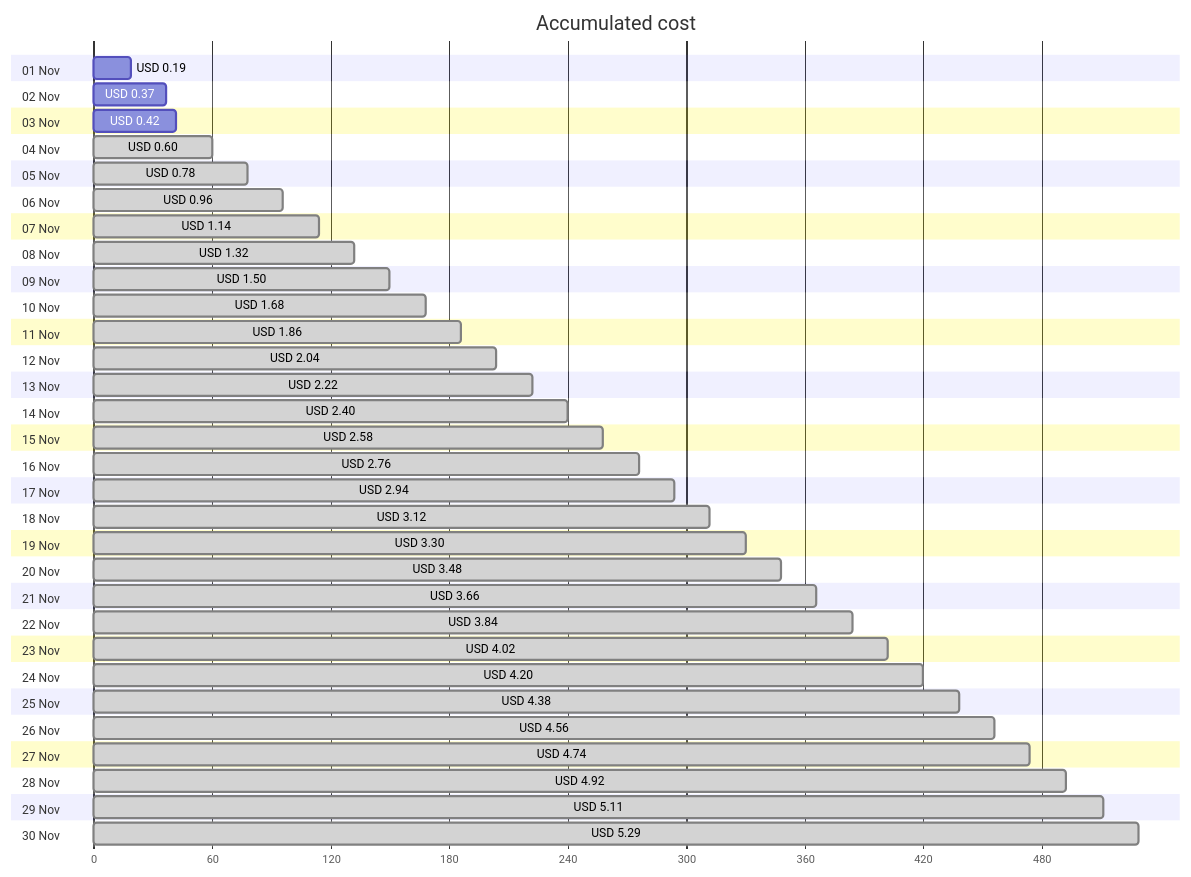
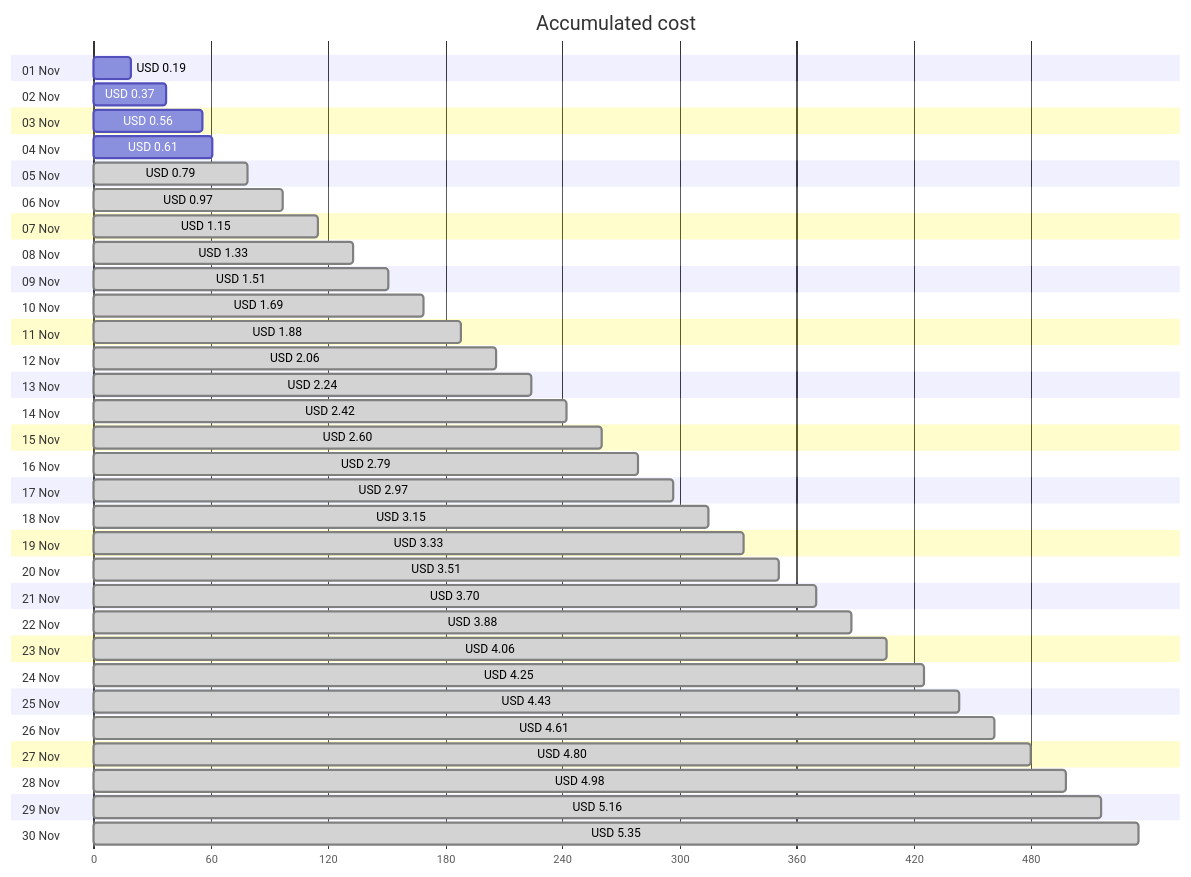
One commit to jpfulton/azure-personal-reports changed the first of 4 diagrams in cost-reports/personal-network/backup-server.md. Above: the diagram before and after it, drawn with Mermaid. The commit also changed other lines of this file and 8 other files, not shown here.

````diff
--- a/cost-reports/personal-network/backup-server.md
+++ b/cost-reports/personal-network/backup-server.md
@@ -20,66 +20,66 @@
 ```mermaid
 gantt
    title Accumulated cost
    dateFormat  X
    axisFormat %s
    section 01 Nov
    USD 0.19 :0, 19
    section 02 Nov
    USD 0.37 :0, 37
    section 03 Nov
-   USD 0.42 :0, 42
+   USD 0.56 :0, 56
    section 04 Nov
-   USD 0.60 : done, 0, 60
+   USD 0.61 :0, 61
    section 05 Nov
-   USD 0.78 : done, 0, 78
+   USD 0.79 : done, 0, 79
    section 06 Nov
-   USD 0.96 : done, 0, 96
+   USD 0.97 : done, 0, 97
    section 07 Nov
-   USD 1.14 : done, 0, 114
+   USD 1.15 : done, 0, 115
    section 08 Nov
-   USD 1.32 : done, 0, 132
+   USD 1.33 : done, 0, 133
    section 09 Nov
-   USD 1.50 : done, 0, 150
+   USD 1.51 : done, 0, 151
    section 10 Nov
-   USD 1.68 : done, 0, 168
+   USD 1.69 : done, 0, 169
    section 11 Nov
-   USD 1.86 : done, 0, 186
+   USD 1.88 : done, 0, 188
    section 12 Nov
-   USD 2.04 : done, 0, 204
+   USD 2.06 : done, 0, 206
    section 13 Nov
-   USD 2.22 : done, 0, 222
+   USD 2.24 : done, 0, 224
    section 14 Nov
-   USD 2.40 : done, 0, 240
+   USD 2.42 : done, 0, 242
    section 15 Nov
-   USD 2.58 : done, 0, 258
+   USD 2.60 : done, 0, 260
    section 16 Nov
-   USD 2.76 : done, 0, 276
+   USD 2.79 : done, 0, 279
    section 17 Nov
-   USD 2.94 : done, 0, 294
+   USD 2.97 : done, 0, 297
    section 18 Nov
-   USD 3.12 : done, 0, 312
+   USD 3.15 : done, 0, 315
    section 19 Nov
-   USD 3.30 : done, 0, 330
+   USD 3.33 : done, 0, 333
    section 20 Nov
-   USD 3.48 : done, 0, 348
+   USD 3.51 : done, 0, 351
    section 21 Nov
-   USD 3.66 : done, 0, 366
+   USD 3.70 : done, 0, 370
    section 22 Nov
-   USD 3.84 : done, 0, 384
+   USD 3.88 : done, 0, 388
    section 23 Nov
-   USD 4.02 : done, 0, 402
+   USD 4.06 : done, 0, 406
    section 24 Nov
-   USD 4.20 : done, 0, 420
+   USD 4.25 : done, 0, 425
    section 25 Nov
-   USD 4.38 : done, 0, 438
+   USD 4.43 : done, 0, 443
    section 26 Nov
-   USD 4.56 : done, 0, 456
+   USD 4.61 : done, 0, 461
    section 27 Nov
-   USD 4.74 : done, 0, 474
+   USD 4.80 : done, 0, 480
    section 28 Nov
-   USD 4.92 : done, 0, 492
+   USD 4.98 : done, 0, 498
    section 29 Nov
-   USD 5.11 : done, 0, 511
+   USD 5.16 : done, 0, 516
    section 30 Nov
-   USD 5.29 : done, 0, 529
+   USD 5.35 : done, 0, 535
 ```
````
